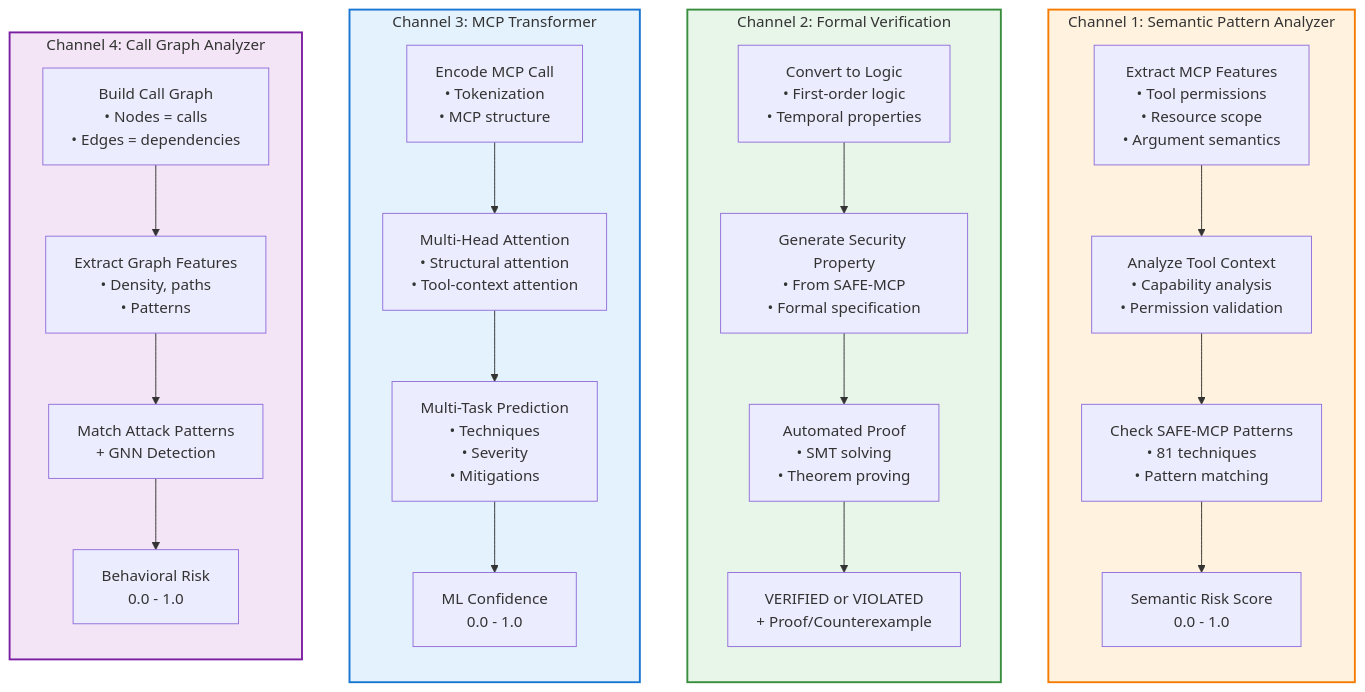
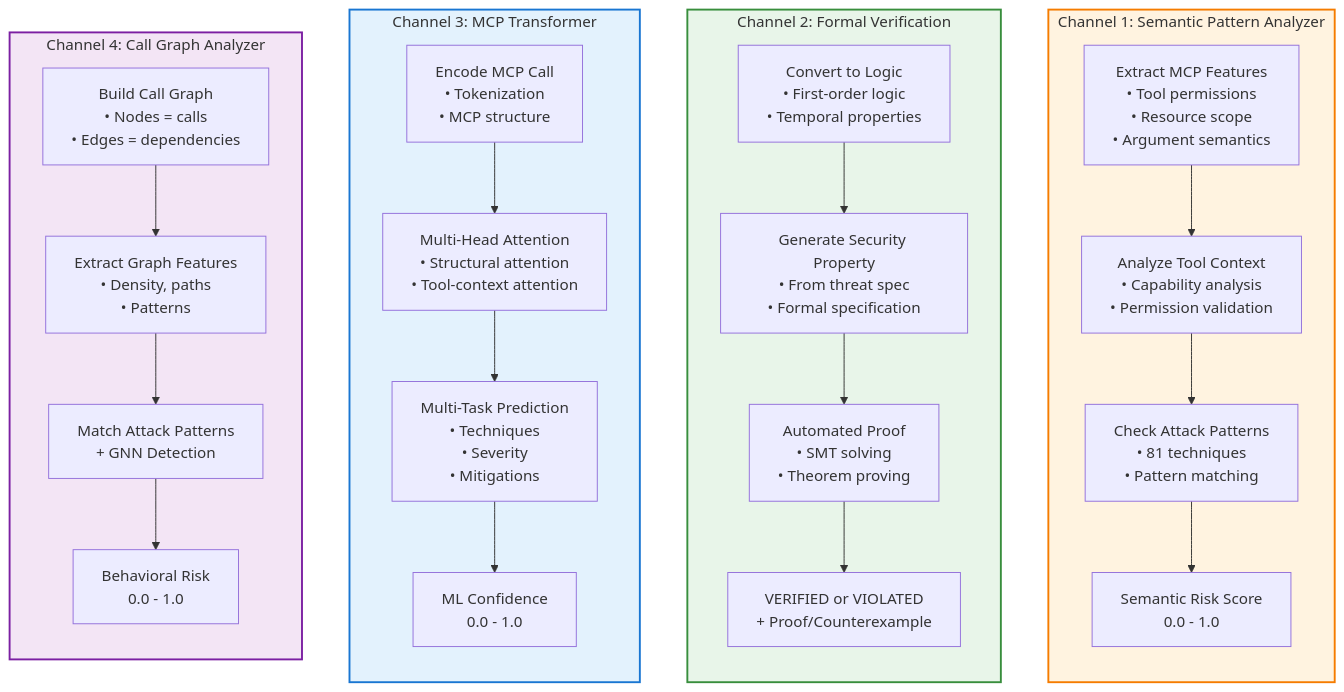
The second of 3 diagrams in README.md (safe-mcp-platform/safe-mcp-platform), drawn with Mermaid before and after one commit. The commit also changed other lines of this file and 101 other files, not shown here.

First line of the commit message:
Complete rebrand to MCP-Bastion-Security

````diff
--- a/README.md
+++ b/README.md
@@ -264,43 +213,43 @@
 ```mermaid
 flowchart TD
     subgraph CH1["Channel 1: Semantic Pattern Analyzer"]
         direction TB
         S1["Extract MCP Features<br/>• Tool permissions<br/>• Resource scope<br/>• Argument semantics"]
         S2["Analyze Tool Context<br/>• Capability analysis<br/>• Permission validation"]
-        S3["Check SAFE-MCP Patterns<br/>• 81 techniques<br/>• Pattern matching"]
+        S3["Check Attack Patterns<br/>• 81 techniques<br/>• Pattern matching"]
         S4["Semantic Risk Score<br/>0.0 - 1.0"]
         S1 --> S2 --> S3 --> S4
     end
     
     subgraph CH2["Channel 2: Formal Verification"]
         direction TB
         F1["Convert to Logic<br/>• First-order logic<br/>• Temporal properties"]
-        F2["Generate Security Property<br/>• From SAFE-MCP<br/>• Formal specification"]
+        F2["Generate Security Property<br/>• From threat spec<br/>• Formal specification"]
         F3["Automated Proof<br/>• SMT solving<br/>• Theorem proving"]
         F4["VERIFIED or VIOLATED<br/>+ Proof/Counterexample"]
         F1 --> F2 --> F3 --> F4
     end
     
     subgraph CH3["Channel 3: MCP Transformer"]
         direction TB
         M1["Encode MCP Call<br/>• Tokenization<br/>• MCP structure"]
         M2["Multi-Head Attention<br/>• Structural attention<br/>• Tool-context attention"]
         M3["Multi-Task Prediction<br/>• Techniques<br/>• Severity<br/>• Mitigations"]
         M4["ML Confidence<br/>0.0 - 1.0"]
         M1 --> M2 --> M3 --> M4
     end
     
     subgraph CH4["Channel 4: Call Graph Analyzer"]
         direction TB
         B1["Build Call Graph<br/>• Nodes = calls<br/>• Edges = dependencies"]
         B2["Extract Graph Features<br/>• Density, paths<br/>• Patterns"]
         B3["Match Attack Patterns<br/>+ GNN Detection"]
         B4["Behavioral Risk<br/>0.0 - 1.0"]
         B1 --> B2 --> B3 --> B4
     end
     
     style CH1 fill:#fff3e0,stroke:#f57c00,stroke-width:2px
     style CH2 fill:#e8f5e9,stroke:#388e3c,stroke-width:2px
     style CH3 fill:#e3f2fd,stroke:#1976d2,stroke-width:2px
     style CH4 fill:#f3e5f5,stroke:#7b1fa2,stroke-width:2px
 ```
````
